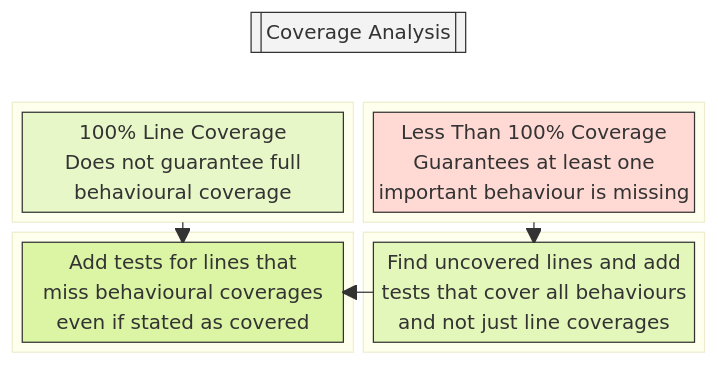
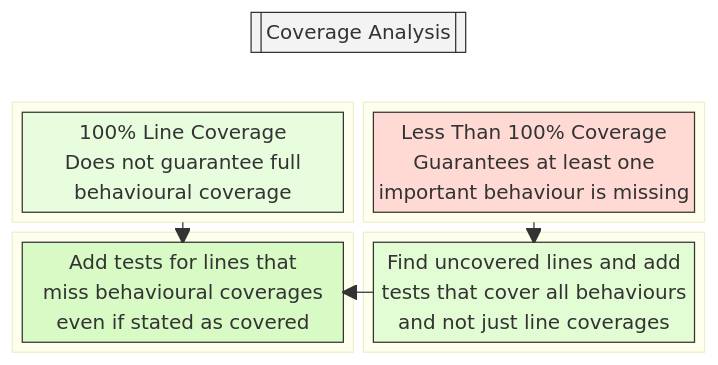
Before and after one commit to oppia/oppia-android: the first of 7 diagrams in wiki/Writing-tests-with-good-behavioural-coverage.md, drawn with Mermaid. The commit also changed other lines of this file, not shown here.

Commit message:
Common color codes for all graph illustrations

````diff
--- a/wiki/Writing-tests-with-good-behavioural-coverage.md
+++ b/wiki/Writing-tests-with-good-behavioural-coverage.md
@@ -92,28 +92,28 @@
 ```mermaid
 block-beta
 columns 2 
   A[["Coverage Analysis"]]:2
   block:Coverage1
     B["100% Line Coverage<br>Does not guarantee full<br>behavioural coverage"]
   end
   block:Coverage2
     C["Less Than 100% Coverage<br>Guarantees at least one<br>important behaviour is missing"]
   end
   block:Action1
     D["Add tests for lines that<br>miss behavioural coverages<br>even if stated as covered"]
   end
   block:Action2
     E["Find uncovered lines and add<br>tests that cover all behaviours<br>and not just line coverages"]
   end
   space
   Coverage1 --> D
   Coverage2 --> E
   E --> D
 
   style A fill:#f3f3f3,stroke:#333,stroke-width:1px
-  style B fill:#e8f7c8,stroke:#333,stroke-width:1px
+  style B fill:#e8fcde,stroke:#333,stroke-width:1px
   style C fill:#ffdad4,stroke:#333,stroke-width:1px
-  style D fill:#dcf5a4,stroke:#333,stroke-width:1px
-  style E fill:#e4f7ba,stroke:#333,stroke-width:1px
+  style D fill:#d8fac5,stroke:#333,stroke-width:1px
+  style E fill:#e2fcd4,stroke:#333,stroke-width:1px
 
 ```
````
